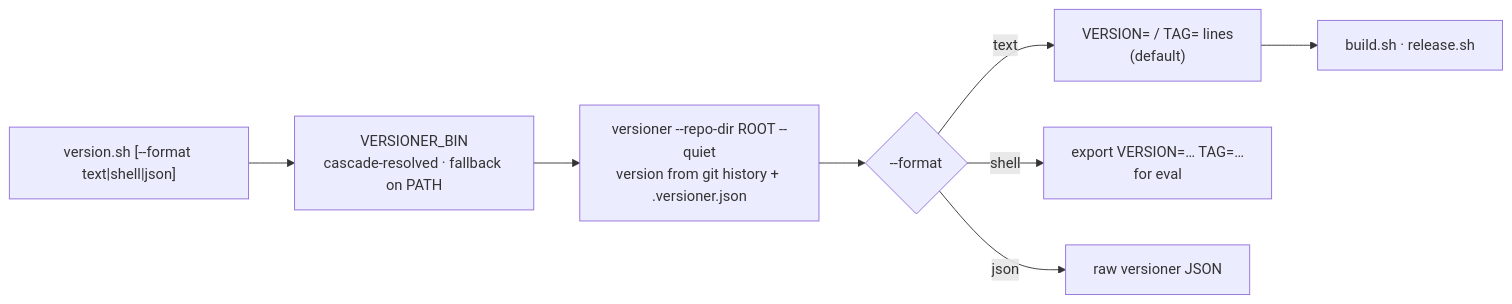
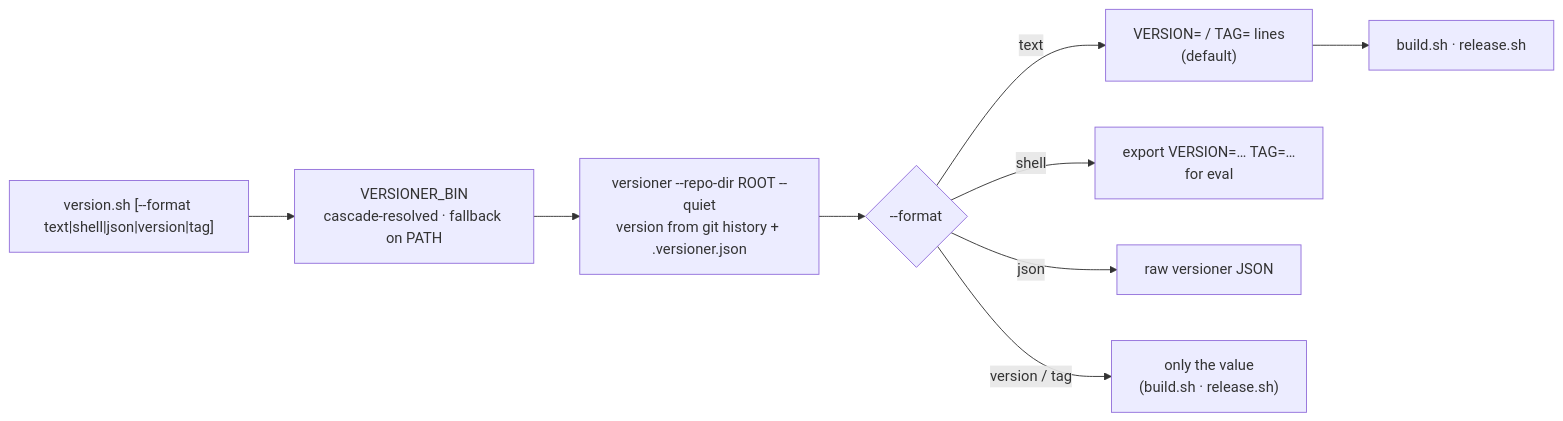
One commit to fordaj/mirror-clone changed the diagram in scripts/version.sh.md. Above: the diagram before and after it, drawn with Mermaid. The commit also changed other lines of this file and 23 other files, not shown here.

````diff
--- a/scripts/version.sh.md
+++ b/scripts/version.sh.md
@@ -3,12 +3,13 @@
 ```mermaid
 flowchart LR
-    Args["version.sh [--format text|shell|json]"] --> Bin["VERSIONER_BIN<br/>cascade-resolved · fallback on PATH"]
+    Args["version.sh [--format text|shell|json|version|tag]"] --> Bin["VERSIONER_BIN<br/>cascade-resolved · fallback on PATH"]
     Bin --> Run["versioner --repo-dir ROOT --quiet<br/>version from git history + .versioner.json"]
     Run --> Out{"--format"}
     Out -->|"text"| T["VERSION= / TAG= lines<br/>(default)"]
     Out -->|"shell"| Sh["export VERSION=… TAG=…<br/>for eval"]
     Out -->|"json"| J["raw versioner JSON"]
+    Out -->|"version / tag"| V["only the value<br/>(build.sh · release.sh)"]
     T --> Consumers["build.sh · release.sh"]
     click Bin href "env.sh.md"
     click Consumers href "release.sh.md"
 ```
````
